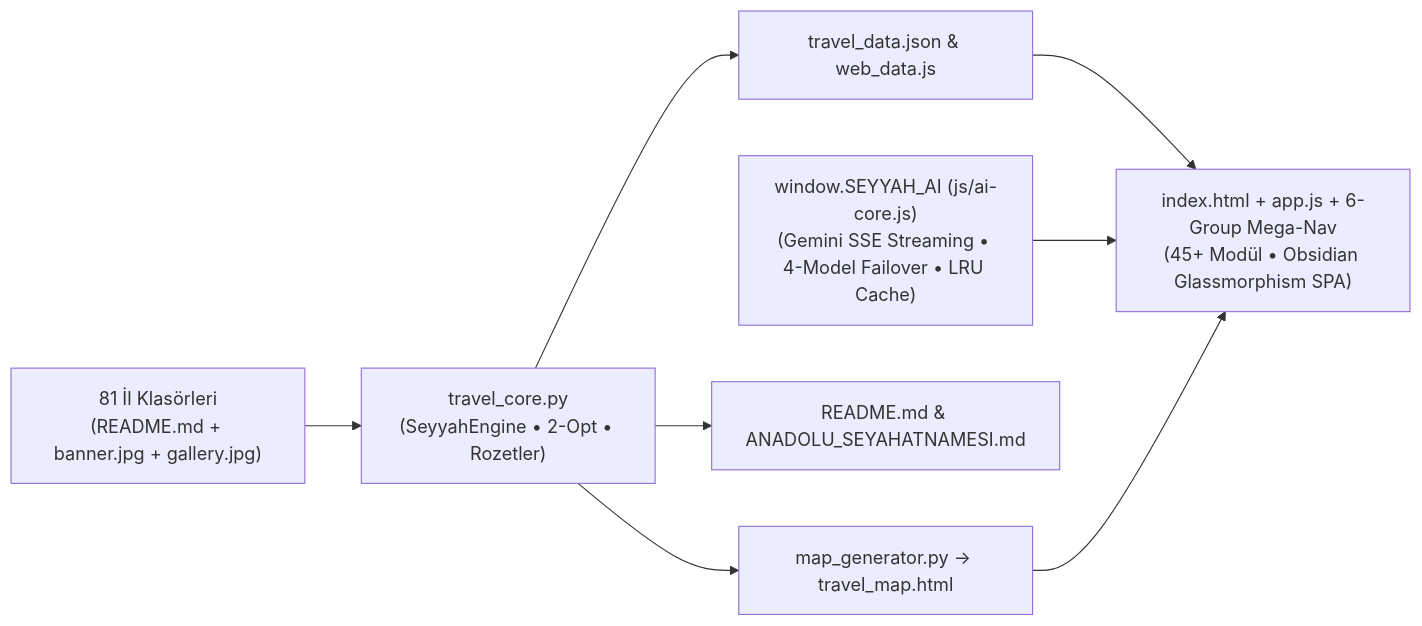
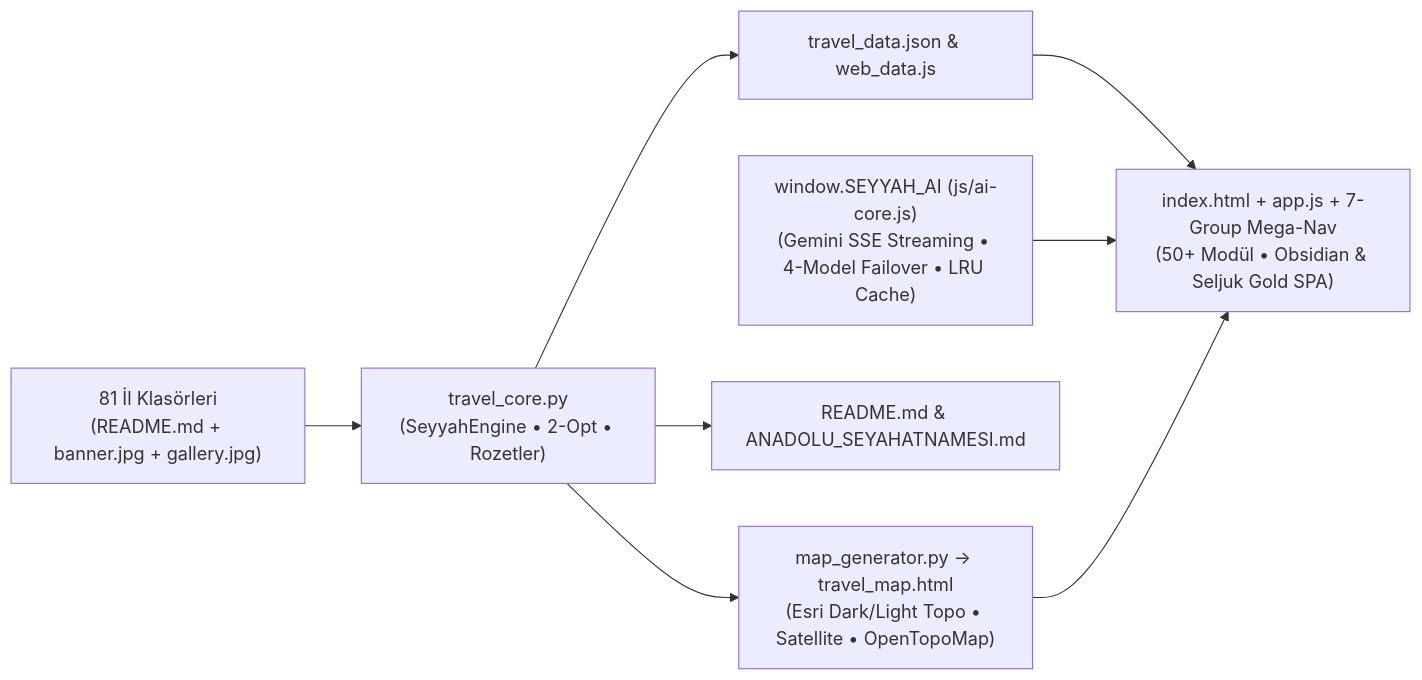
One commit to bahattinyunus/dijitalseyyah changed the diagram in README.md. Above: the diagram before and after it, drawn with Mermaid. The commit also changed other lines of this file, not shown here.

Commit message:
docs(readme): expand flagship README with Wave 7-8 Irfan & Philosophy corpus, 7-Category Mega-Nav table, 50+ studios, shortcuts & full directory architecture

````diff
--- a/README.md
+++ b/README.md
@@ -377,10 +432,10 @@
 ```mermaid
 flowchart LR
     A["81 İl Klasörleri\n(README.md + banner.jpg + gallery.jpg)"] --> B["travel_core.py\n(SeyyahEngine • 2-Opt • Rozetler)"]
     B --> C["travel_data.json & web_data.js"]
-    B --> D["map_generator.py → travel_map.html"]
+    B --> D["map_generator.py → travel_map.html\n(Esri Dark/Light Topo • Satellite • OpenTopoMap)"]
     B --> E["README.md & ANADOLU_SEYAHATNAMESI.md"]
-    C --> G["index.html + app.js + 6-Group Mega-Nav\n(45+ Modül • Obsidian Glassmorphism SPA)"]
+    C --> G["index.html + app.js + 7-Group Mega-Nav\n(50+ Modül • Obsidian & Seljuk Gold SPA)"]
     H["window.SEYYAH_AI (js/ai-core.js)\n(Gemini SSE Streaming • 4-Model Failover • LRU Cache)"] --> G
     D --> G
 ```
````
